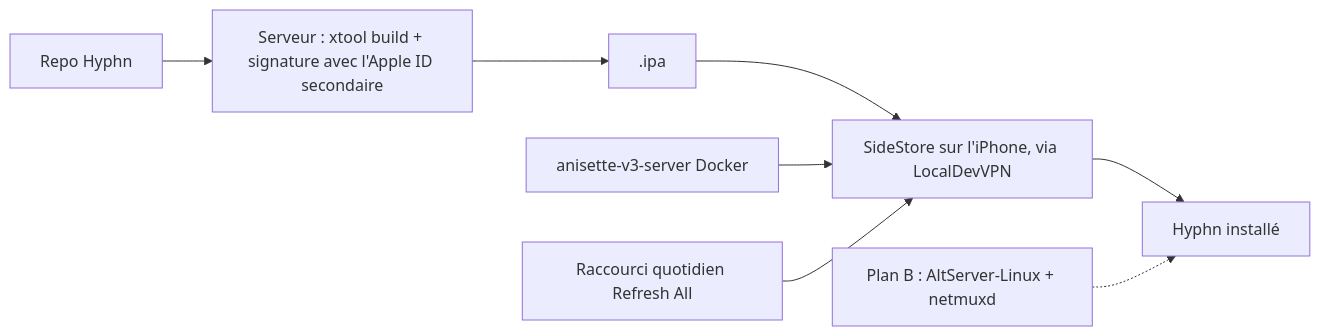
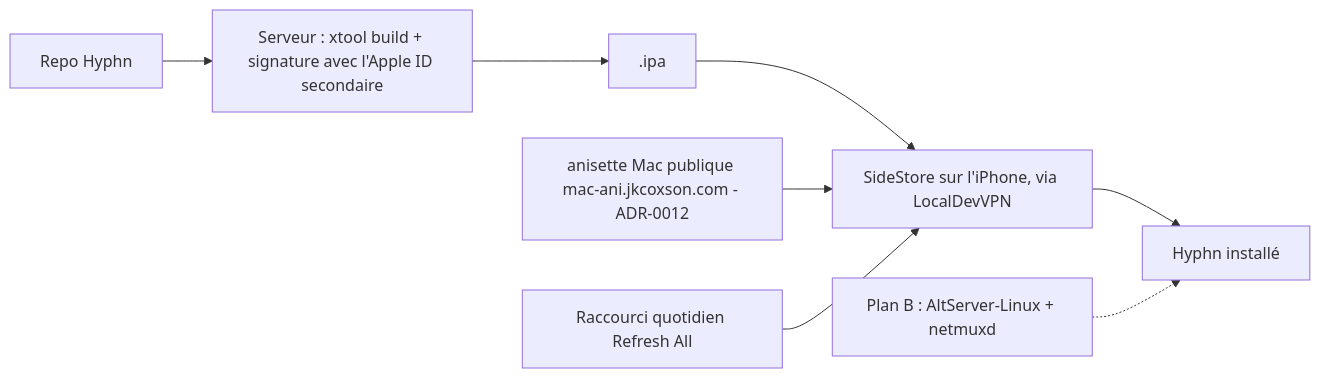
The second of 2 diagrams in docs/ARCHITECTURE.md (1oma1e/Hyphn), drawn with Mermaid before and after one commit. The commit also changed 9 other files, not shown here.

Commit message:
docs: record SideStore setup and public Mac anisette (ADR-0012)

````diff
--- a/docs/ARCHITECTURE.md
+++ b/docs/ARCHITECTURE.md
@@ -56,10 +56,10 @@
 ```mermaid
 flowchart LR
   Code[Repo Hyphn] --> X[Serveur : xtool build + signature avec l'Apple ID secondaire]
   X --> IPA[.ipa]
   IPA --> SS[SideStore sur l'iPhone, via LocalDevVPN]
-  ANI[anisette-v3-server Docker] --> SS
+  ANI[anisette Mac publique mac-ani.jkcoxson.com - ADR-0012] --> SS
   SS --> APP[Hyphn installé]
   SC[Raccourci quotidien Refresh All] --> SS
   ALT[Plan B : AltServer-Linux + netmuxd] -.-> APP
 ```
````
